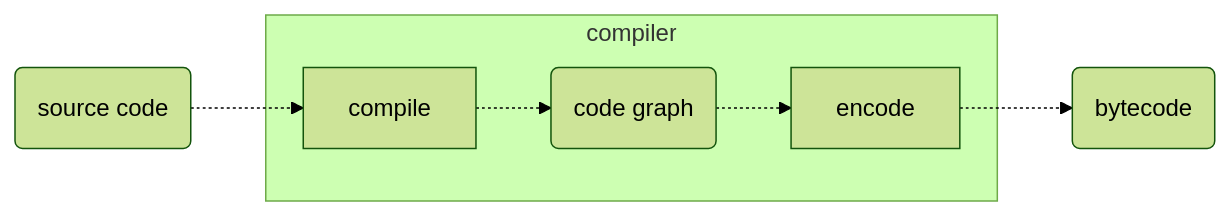
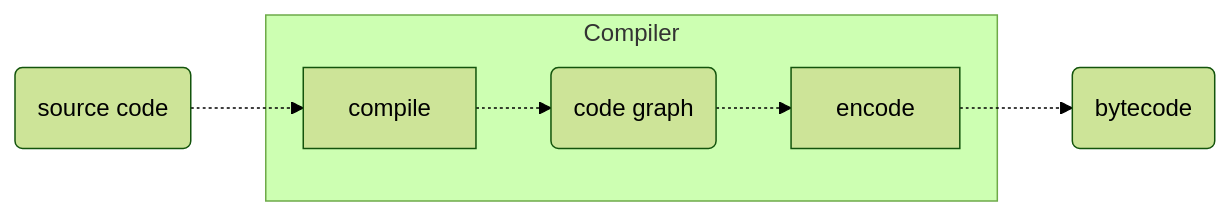
The diagram in slides/papers/stak-scheme/encode.mmd (raviqqe/doc), drawn with Mermaid (forest theme) before and after one commit.

```diff
--- a/slides/papers/stak-scheme/encode.mmd
+++ b/slides/papers/stak-scheme/encode.mmd
@@ -1,8 +1,8 @@
 flowchart LR
   d0(source code) -.-> compile
 
-  subgraph compiler
+  subgraph Compiler
     compile -.-> d1(code graph) -.-> encode:::red
   end
 
   encode -.-> d2(bytecode)
```
